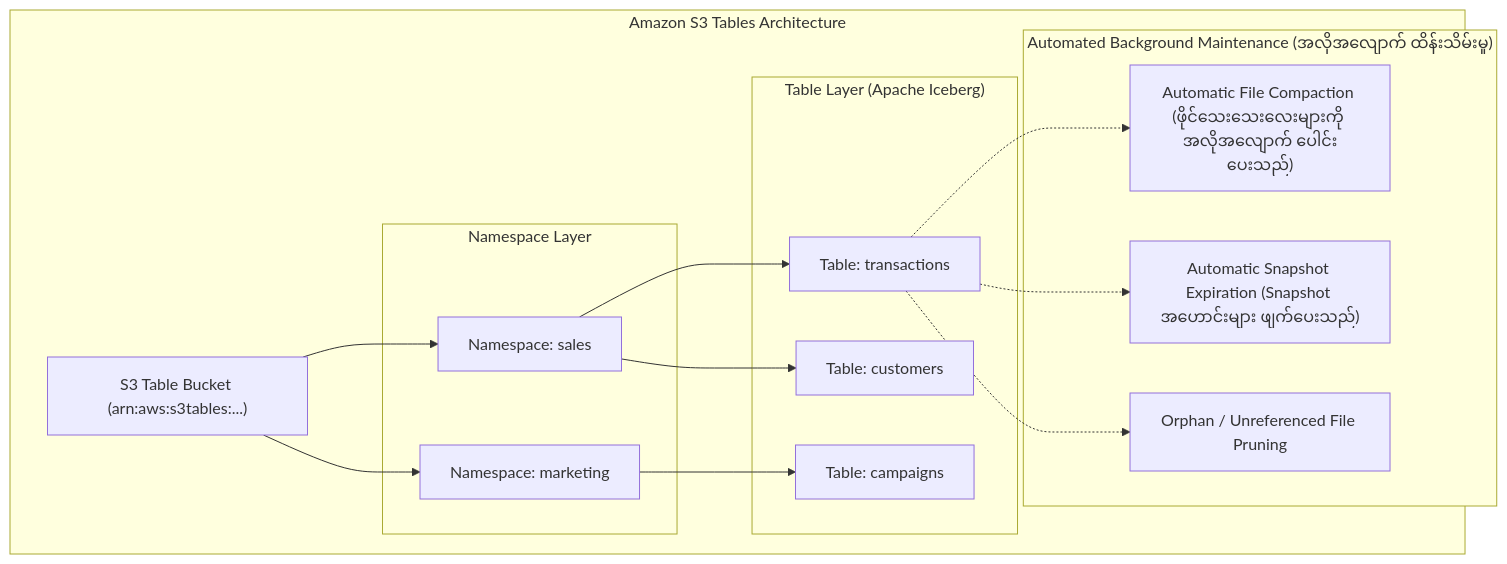
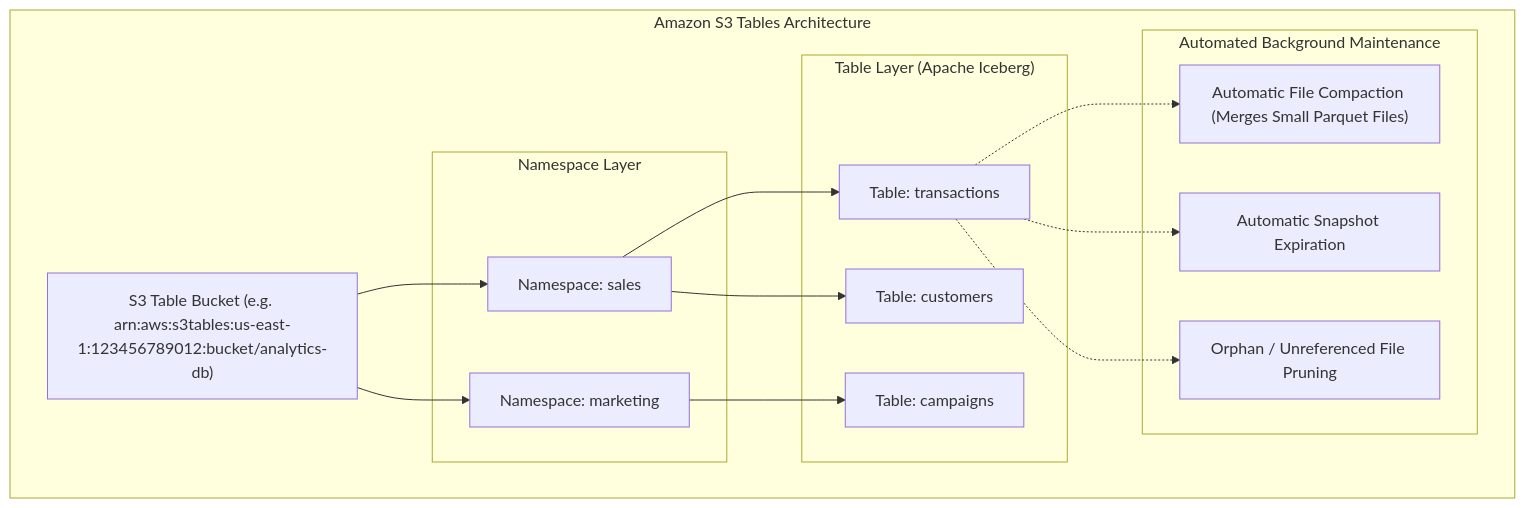
Before and after one commit to Wathon/aws-dea-c01-note: the first of 2 diagrams in content/mm/02-services/storage/s3/s3-tables.md, drawn with Mermaid. The commit also changed other lines of this file and 41 other files, not shown here.

````diff
--- a/content/mm/02-services/storage/s3/s3-tables.md
+++ b/content/mm/02-services/storage/s3/s3-tables.md
@@ -29,32 +33,32 @@
 ```mermaid
 graph TD
     subgraph S3Tables["Amazon S3 Tables Architecture"]
-        TB["S3 Table Bucket (arn:aws:s3tables:...)"]
+        TB["S3 Table Bucket (e.g. arn:aws:s3tables:us-east-1:123456789012:bucket/analytics-db)"]
 
         subgraph NamespaceLayer["Namespace Layer"]
             NS1["Namespace: sales"]
             NS2["Namespace: marketing"]
         end
 
         subgraph TableLayer["Table Layer (Apache Iceberg)"]
             T1["Table: transactions"]
             T2["Table: customers"]
             T3["Table: campaigns"]
         end
 
-        subgraph Maintenance["Automated Background Maintenance (အလိုအလျောက် ထိန်းသိမ်းမှု)"]
-            COMP["Automatic File Compaction (ဖိုင်သေးသေးလေးများကို အလိုအလျောက် ပေါင်းပေးသည်)"]
-            SNAP["Automatic Snapshot Expiration (Snapshot အဟောင်းများ ဖျက်ပေးသည်)"]
+        subgraph Maintenance["Automated Background Maintenance"]
+            COMP["Automatic File Compaction (Merges Small Parquet Files)"]
+            SNAP["Automatic Snapshot Expiration"]
             ORPH["Orphan / Unreferenced File Pruning"]
         end
     end
 
     TB --> NS1
     TB --> NS2
     NS1 --> T1
     NS1 --> T2
     NS2 --> T3
     T1 -.-> COMP
     T1 -.-> SNAP
     T1 -.-> ORPH
 ```
````
